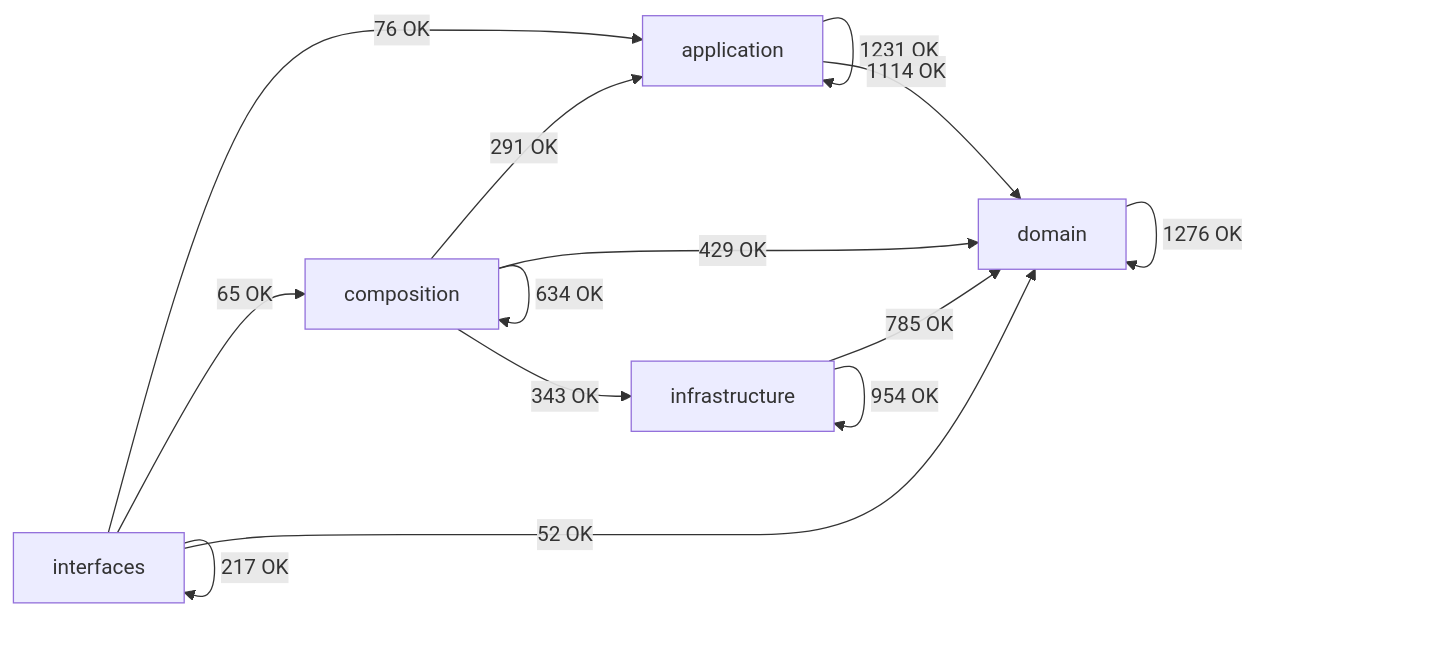
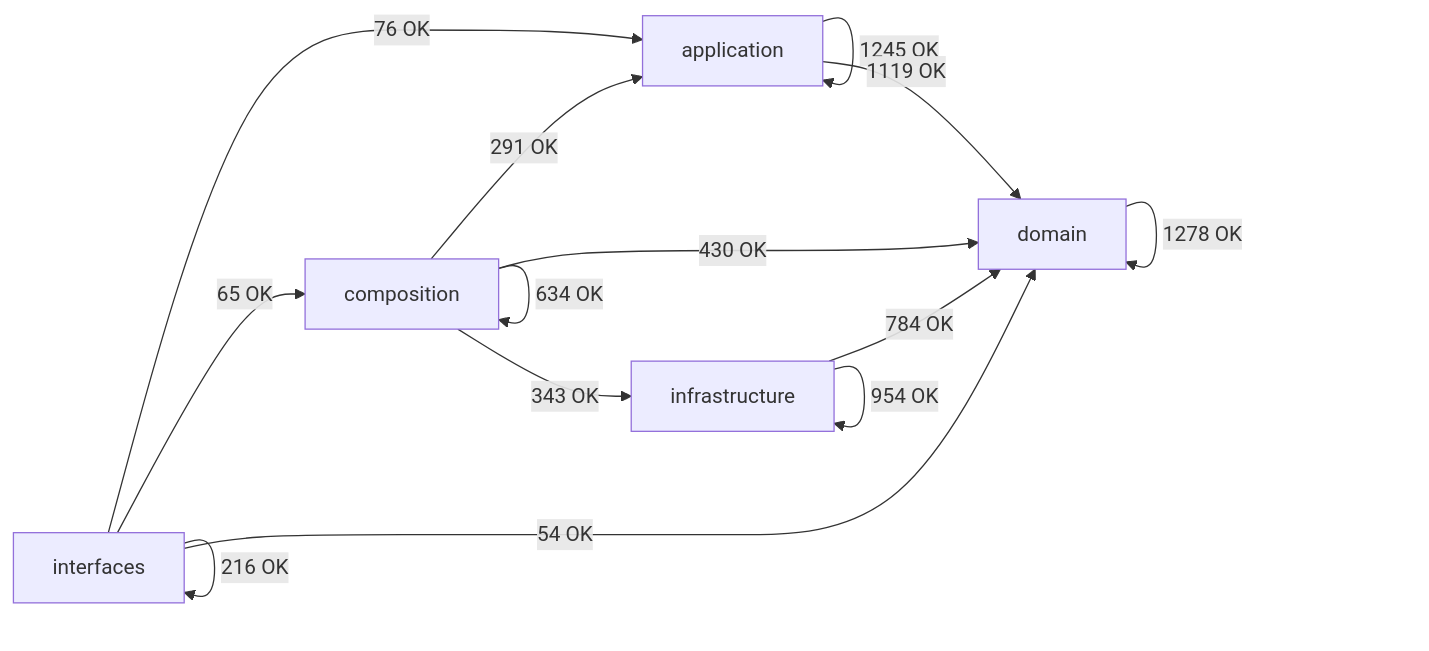
Before and after one commit to SatoryKono/BioactivityDataAcquisition: the diagram in docs/02-architecture/generated/module-dependency-map.md, drawn with Mermaid. The commit also changed other lines of this file and 271 other files, not shown here.

````diff
--- a/docs/02-architecture/generated/module-dependency-map.md
+++ b/docs/02-architecture/generated/module-dependency-map.md
@@ -17,21 +17,21 @@
 ```mermaid
 flowchart LR
     domain[domain]
     application[application]
     infrastructure[infrastructure]
     composition[composition]
     interfaces[interfaces]
-    application -->|1231 OK| application
-    application -->|1114 OK| domain
+    application -->|1245 OK| application
+    application -->|1119 OK| domain
     composition -->|291 OK| application
     composition -->|634 OK| composition
-    composition -->|429 OK| domain
+    composition -->|430 OK| domain
     composition -->|343 OK| infrastructure
-    domain -->|1276 OK| domain
-    infrastructure -->|785 OK| domain
+    domain -->|1278 OK| domain
+    infrastructure -->|784 OK| domain
     infrastructure -->|954 OK| infrastructure
     interfaces -->|76 OK| application
     interfaces -->|65 OK| composition
-    interfaces -->|52 OK| domain
-    interfaces -->|217 OK| interfaces
+    interfaces -->|54 OK| domain
+    interfaces -->|216 OK| interfaces
 ```
````
